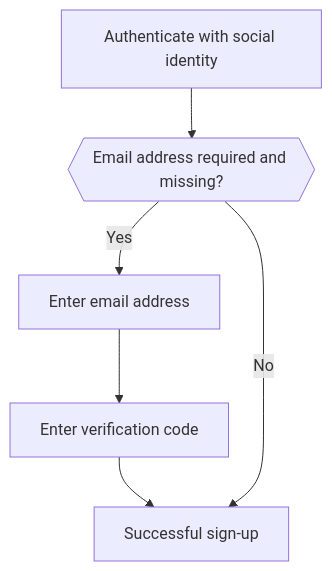
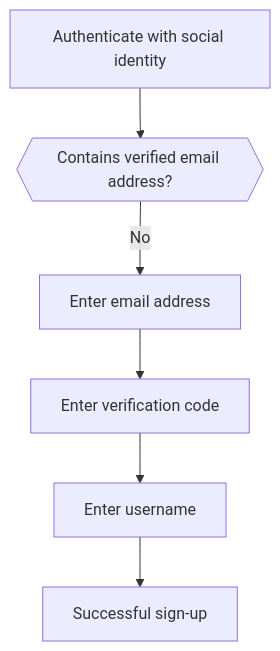
One commit to logto-io/docs changed the fifth of 6 diagrams in docs/end-user-flows/sign-up-and-sign-in/social-sign-in.mdx. Above: the diagram before and after it, drawn with Mermaid. The commit also changed other lines of this file and 3 other files, not shown here.

````diff
--- a/docs/end-user-flows/sign-up-and-sign-in/social-sign-in.mdx
+++ b/docs/end-user-flows/sign-up-and-sign-in/social-sign-in.mdx
@@ -139,8 +146,8 @@
    ```mermaid
    flowchart TD
-      A[Authenticate with social identity] --> B{{Email address required and missing?}}
-      B -- Yes --> C[Enter email address]
+      A[Authenticate with social identity] --> B{{Contains verified email address?}}
+      B -- No --> C[Enter email address]
       C --> D[Enter verification code]
-      D --> E[Successful sign-up]
-      B -- No --> E
+      D --> E[Enter username]
+      E --> F[Successful sign-up]
    ```
````
